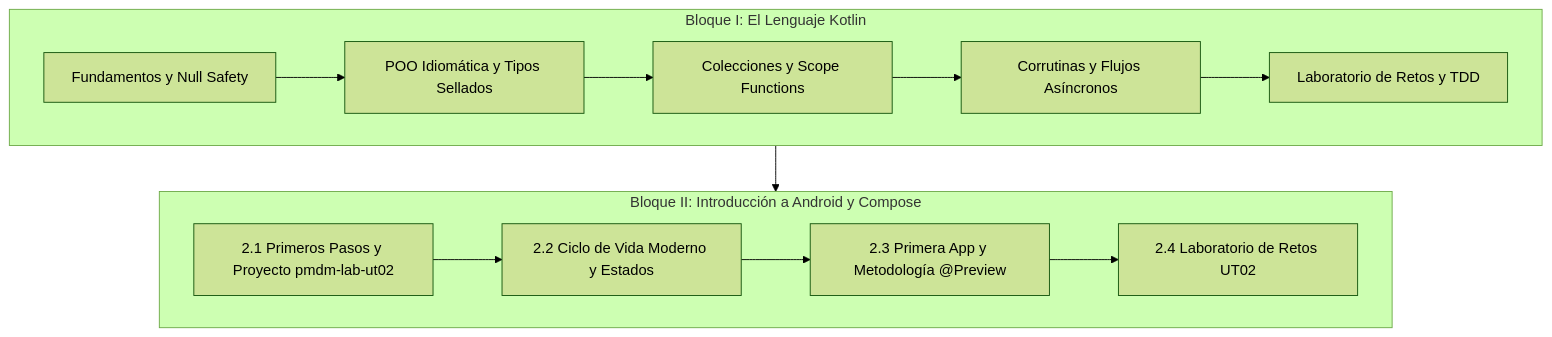
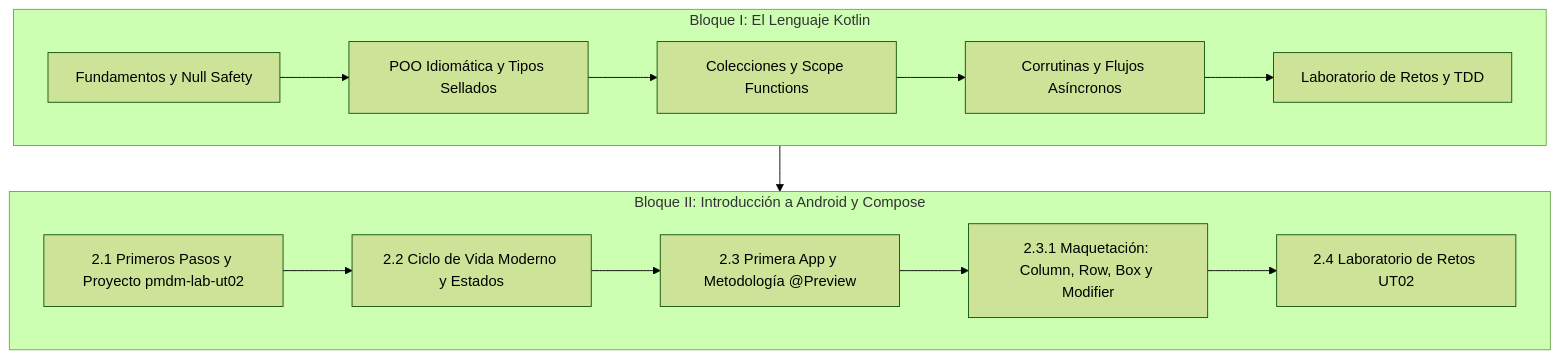
One commit to jssdocente/pmdm2627d changed the diagram in docs/temas/02/index.md. Above: the diagram before and after it, drawn with Mermaid (forest theme). The commit also changed other lines of this file and 5 other files, not shown here.

````diff
--- a/docs/temas/02/index.md
+++ b/docs/temas/02/index.md
@@ -13,17 +13,18 @@
 ```mermaid
 graph TD
     subgraph B1 ["Bloque I: El Lenguaje Kotlin"]
         K1["Fundamentos y Null Safety"] --> K2["POO Idiomática y Tipos Sellados"]
         K2 --> K3["Colecciones y Scope Functions"]
         K3 --> K4["Corrutinas y Flujos Asíncronos"]
         K4 --> K5["Laboratorio de Retos y TDD"]
     end
 
     subgraph B2 ["Bloque II: Introducción a Android y Compose"]
         A1["2.1 Primeros Pasos y Proyecto pmdm-lab-ut02"] --> A2["2.2 Ciclo de Vida Moderno y Estados"]
         A2 --> A3["2.3 Primera App y Metodología @Preview"]
-        A3 --> A4["2.4 Laboratorio de Retos UT02"]
+        A3 --> A31["2.3.1 Maquetación: Column, Row, Box y Modifier"]
+        A31 --> A4["2.4 Laboratorio de Retos UT02"]
     end
 
     B1 --> B2
 ```
````
